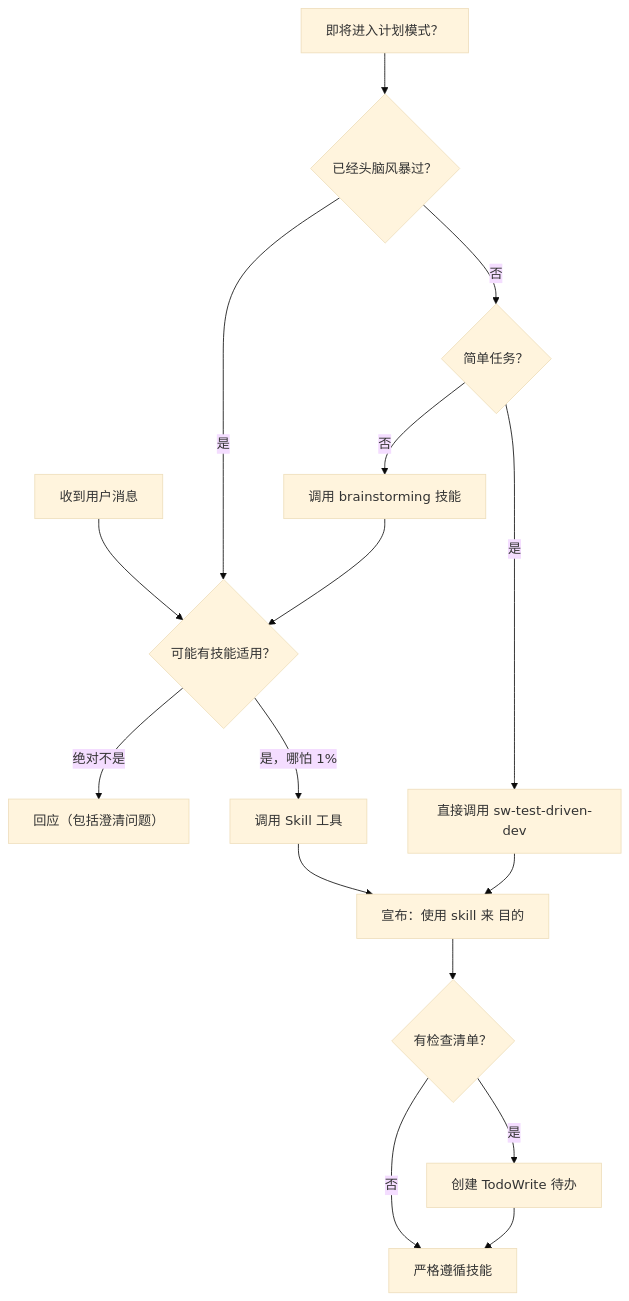
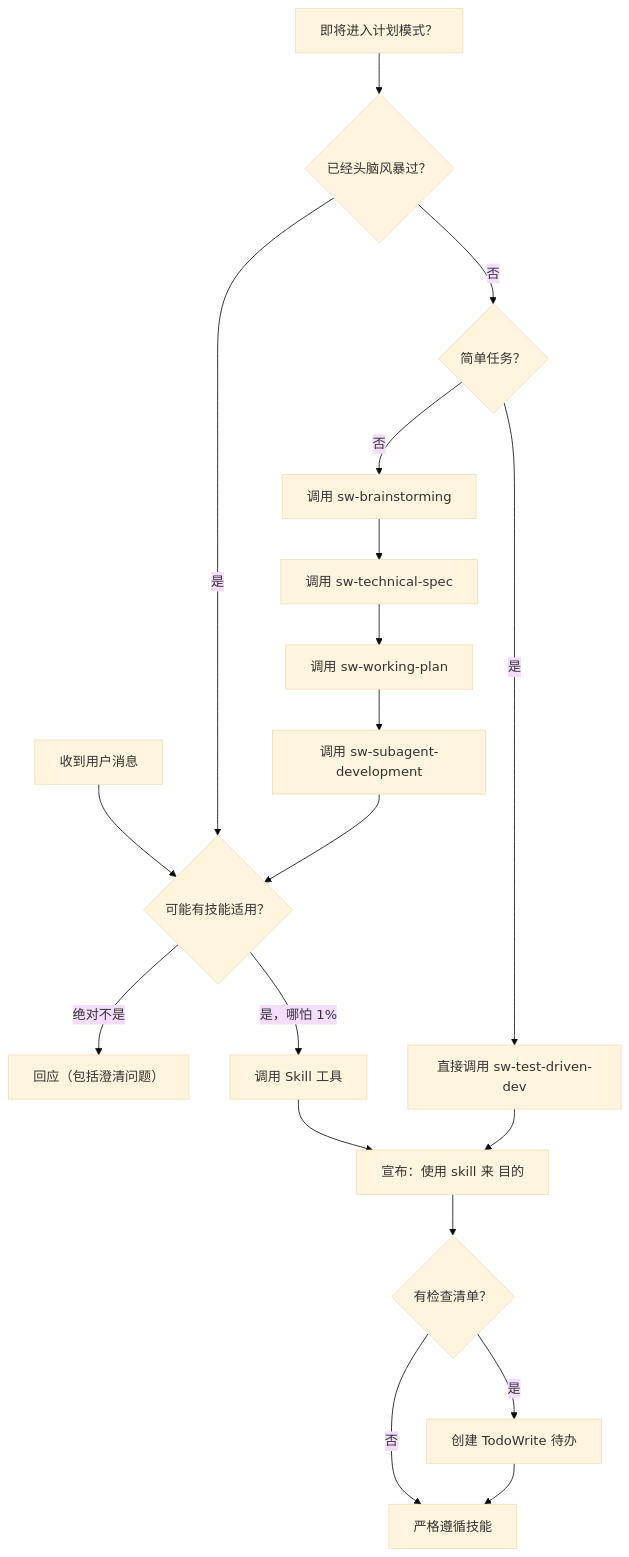
One commit to vaycentsun/sw-agiledevelopment changed the diagram in sw-using-superpowers/SKILL.md. Above: the diagram before and after it, drawn with Mermaid (base theme). The commit also changed other lines of this file, not shown here.

````diff
--- a/sw-using-superpowers/SKILL.md
+++ b/sw-using-superpowers/SKILL.md
@@ -77,18 +84,21 @@
 ```mermaid
 flowchart TD
     Start1[收到用户消息] --> Check{可能有技能适用？}
     Start2[即将进入计划模式？] --> Brainstormed{已经头脑风暴过？}
     Brainstormed -->|否| Simple{简单任务？}
     Brainstormed -->|是| Check
     Simple -->|是| InvokeTDD[直接调用 sw-test-driven-dev]
-    Simple -->|否| CallBrain[调用 brainstorming 技能]
-    CallBrain --> Check
+    Simple -->|否| CallBrain[调用 sw-brainstorming]
+    CallBrain --> WriteSpec[调用 sw-technical-spec]
+    WriteSpec --> CreatePlan[调用 sw-working-plan]
+    CreatePlan --> Dev[调用 sw-subagent-development]
+    Dev --> Check
     InvokeTDD --> Announce
     Check -->|是，哪怕 1%| Invoke[调用 Skill 工具]
     Check -->|绝对不是| Respond[回应（包括澄清问题）]
     Invoke --> Announce[宣布：使用 skill 来 目的]
     Announce --> HasChecklist{有检查清单？}
     HasChecklist -->|是| Todo[创建 TodoWrite 待办]
     HasChecklist -->|否| Follow[严格遵循技能]
     Todo --> Follow
 ```
````
